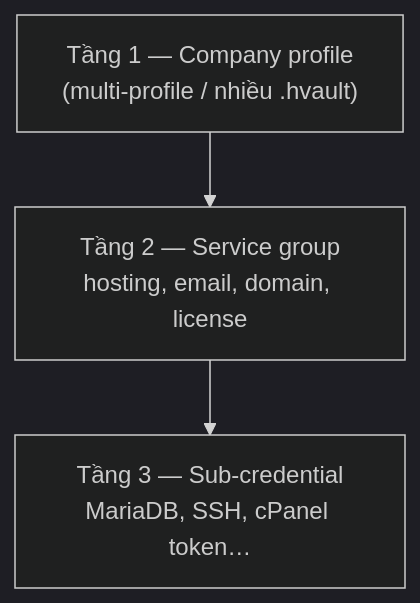
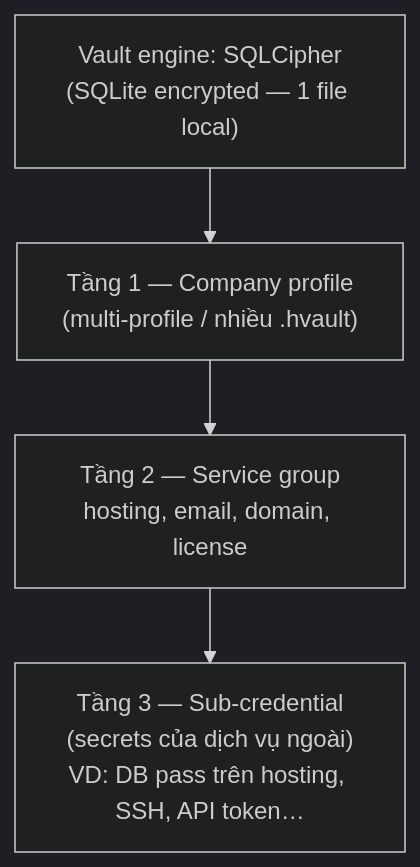
One commit to SK-Vietnam-Fishery/vipavault changed the sixth of 15 diagrams in docs/technical-decisions.md. Above: the diagram before and after it, drawn with Mermaid (dark theme). The commit also changed other lines of this file and 1 other file, not shown here.

First line of the commit message:
docs: clarify SQLCipher engine vs MariaDB sub-credential

````diff
--- a/docs/technical-decisions.md
+++ b/docs/technical-decisions.md
@@ -221,8 +232,10 @@
 ```mermaid
 flowchart TB
+  Engine["Vault engine: SQLCipher\n(SQLite encrypted — 1 file local)"]
   T1["Tầng 1 — Company profile\n(multi-profile / nhiều .hvault)"]
   T2["Tầng 2 — Service group\nhosting, email, domain, license"]
-  T3["Tầng 3 — Sub-credential\nMariaDB, SSH, cPanel token…"]
+  T3["Tầng 3 — Sub-credential\n(secrets của dịch vụ ngoài)\nVD: DB pass trên hosting, SSH, API token…"]
 
+  Engine --> T1
   T1 --> T2 --> T3
 ```
````
